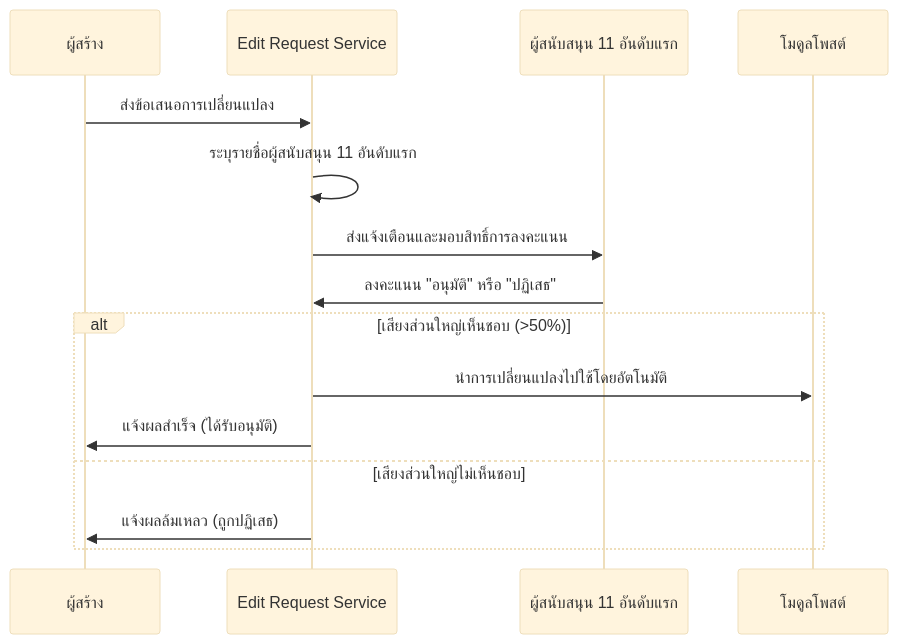
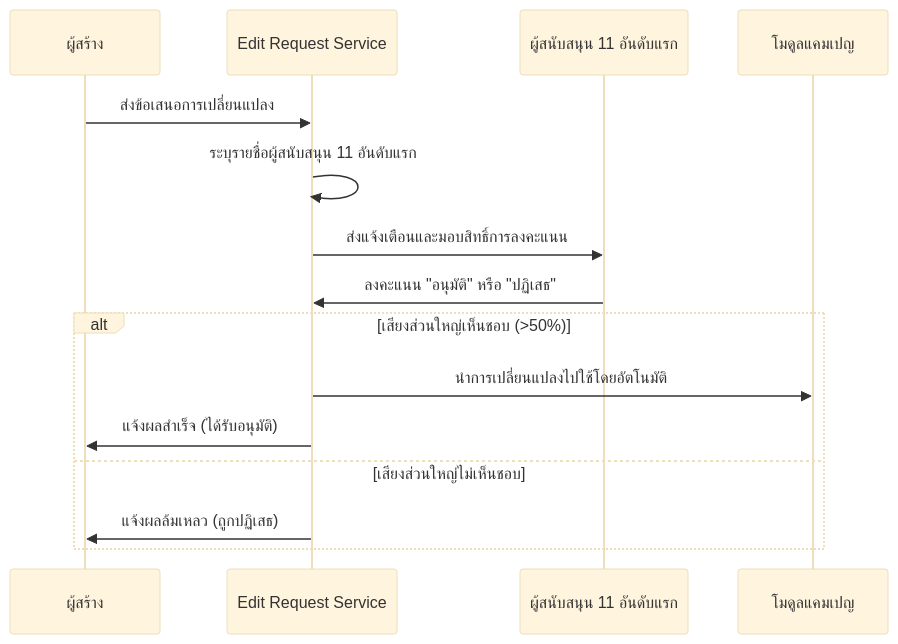
One commit to o-kard/okard-backend changed the diagram in docs/developer_manual/th/edit_request_module_manual.md. Above: the diagram before and after it, drawn with Mermaid (base theme). The commit also changed other lines of this file and 15 other files, not shown here.

````diff
--- a/docs/developer_manual/th/edit_request_module_manual.md
+++ b/docs/developer_manual/th/edit_request_module_manual.md
@@ -26,18 +26,18 @@
 ```mermaid
 sequenceDiagram
     participant Creator as ผู้สร้าง
     participant Svc as Edit Request Service
     participant Approvers as ผู้สนับสนุน 11 อันดับแรก
-    participant Post as โมดูลโพสต์
+    participant Camp as โมดูลแคมเปญ
 
     Creator->>Svc: ส่งข้อเสนอการเปลี่ยนแปลง
     Svc->>Svc: ระบุรายชื่อผู้สนับสนุน 11 อันดับแรก
     Svc->>Approvers: ส่งแจ้งเตือนและมอบสิทธิ์การลงคะแนน
     Approvers->>Svc: ลงคะแนน "อนุมัติ" หรือ "ปฏิเสธ"
     alt เสียงส่วนใหญ่เห็นชอบ (>50%)
-        Svc->>Post: นำการเปลี่ยนแปลงไปใช้โดยอัตโนมัติ
+        Svc->>Camp: นำการเปลี่ยนแปลงไปใช้โดยอัตโนมัติ
         Svc->>Creator: แจ้งผลสำเร็จ (ได้รับอนุมัติ)
     else เสียงส่วนใหญ่ไม่เห็นชอบ
         Svc->>Creator: แจ้งผลล้มเหลว (ถูกปฏิเสธ)
     end
 ```
````
